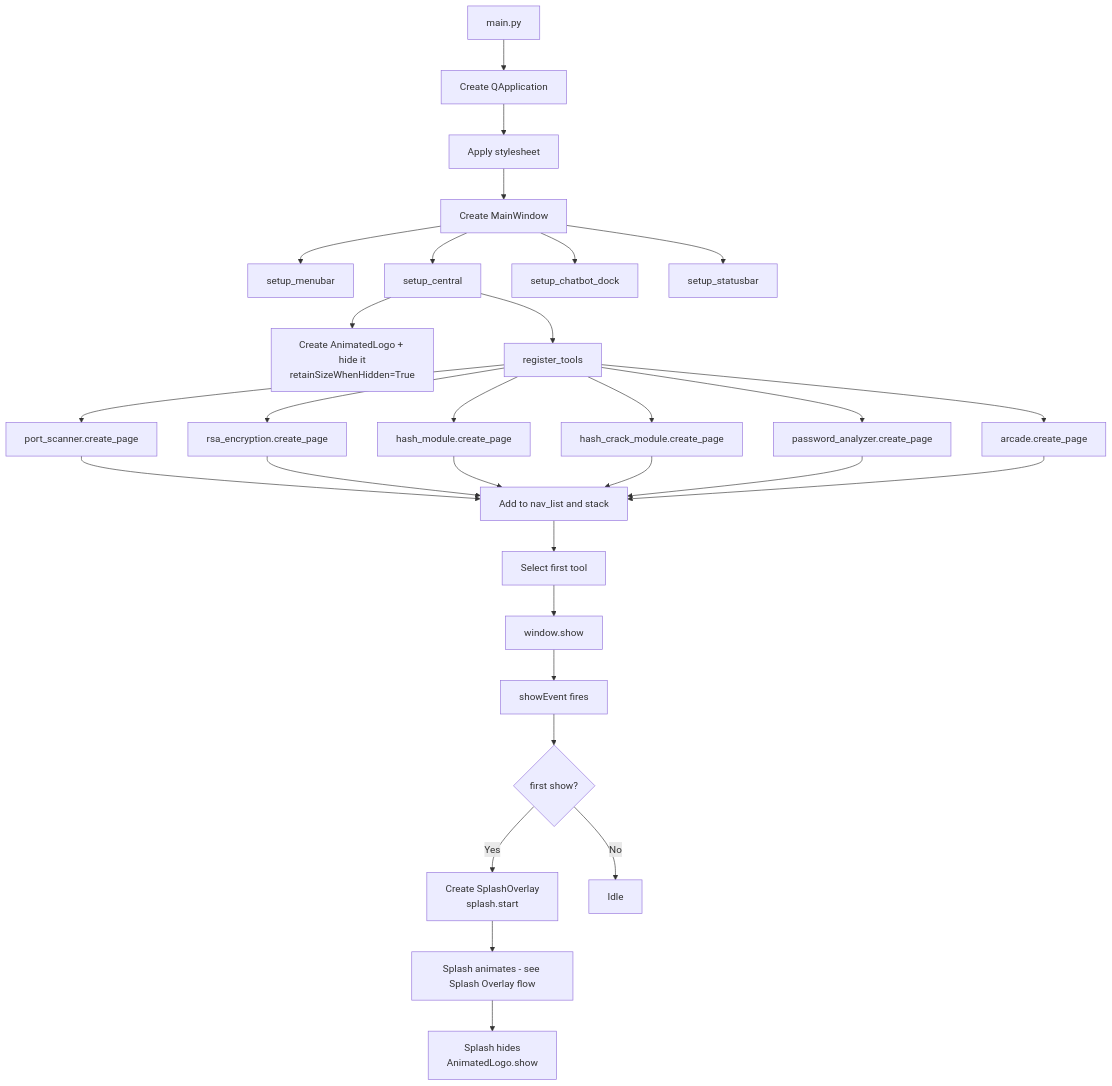
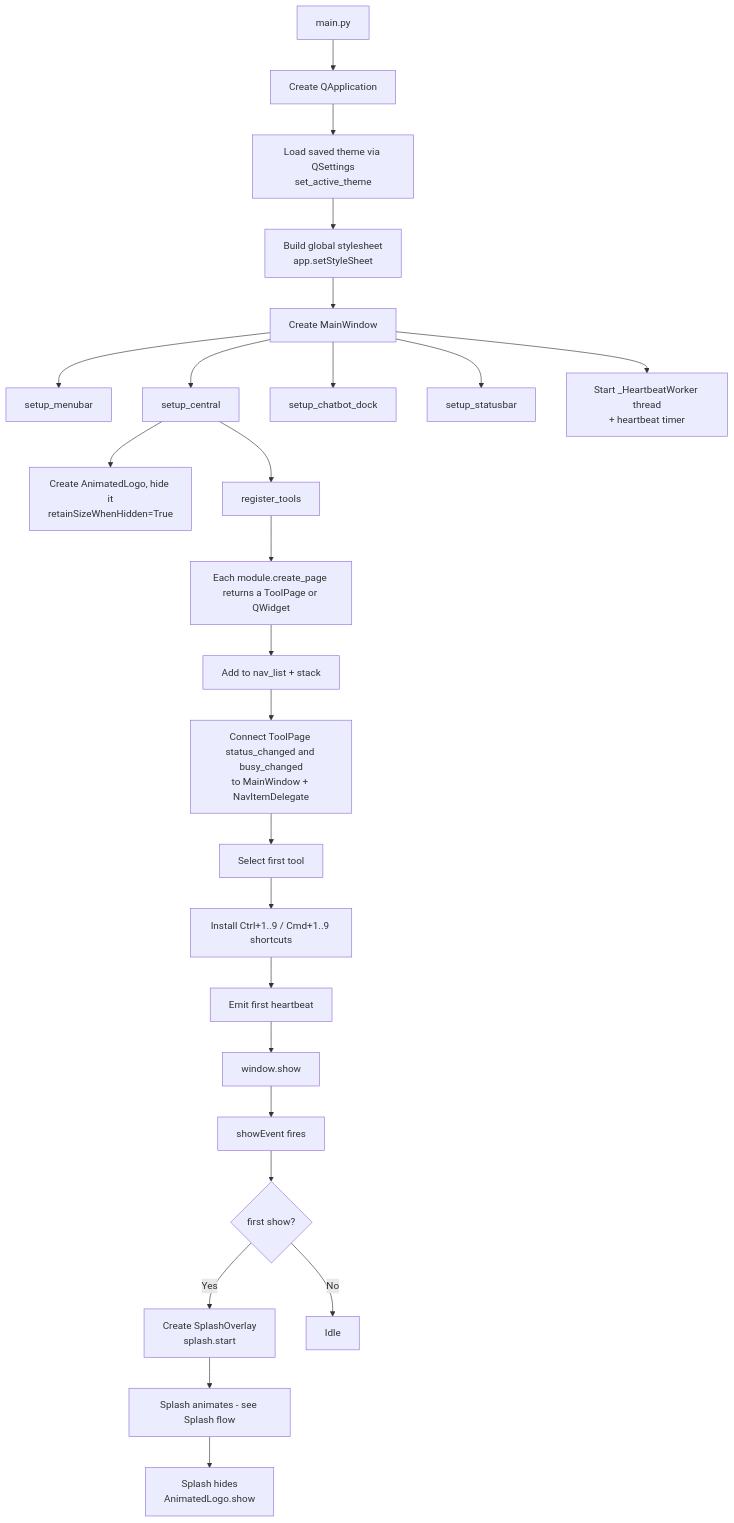
One commit to Mr-Robotiko/Gilfi changed the second of 5 diagrams in src/frontend/README.md. Above: the diagram before and after it, drawn with Mermaid. The commit also changed other lines of this file and 36 other files, not shown here.

````diff
--- a/src/frontend/README.md
+++ b/src/frontend/README.md
@@ -326,27 +395,27 @@
 ```mermaid
 flowchart TD
     A[main.py] --> B[Create QApplication]
-    B --> C[Apply stylesheet]
-    C --> D[Create MainWindow]
-    D --> E[setup_menubar]
-    D --> F[setup_central]
-    D --> G[setup_chatbot_dock]
-    D --> H[setup_statusbar]
-    F --> F1[Create AnimatedLogo + hide it<br/>retainSizeWhenHidden=True]
-    F --> I[register_tools]
-    I --> K[port_scanner.create_page]
-    I --> L[rsa_encryption.create_page]
-    I --> M[hash_module.create_page]
-    I --> N[hash_crack_module.create_page]
-    I --> N2[password_analyzer.create_page]
-    I --> O[arcade.create_page]
-    K & L & M & N & N2 & O --> P[Add to nav_list and stack]
-    P --> Q[Select first tool]
-    Q --> R[window.show]
-    R --> S[showEvent fires]
-    S --> T{first show?}
-    T -- Yes --> U[Create SplashOverlay<br/>splash.start]
-    T -- No --> V[Idle]
-    U --> W[Splash animates - see Splash Overlay flow]
-    W --> X[Splash hides<br/>AnimatedLogo.show]
+    B --> C[Load saved theme via QSettings<br/>set_active_theme]
+    C --> D[Build global stylesheet<br/>app.setStyleSheet]
+    D --> E[Create MainWindow]
+    E --> F[setup_menubar]
+    E --> G[setup_central]
+    E --> H[setup_chatbot_dock]
+    E --> I[setup_statusbar]
+    E --> J[Start _HeartbeatWorker thread<br/>+ heartbeat timer]
+    G --> K[Create AnimatedLogo, hide it<br/>retainSizeWhenHidden=True]
+    G --> L[register_tools]
+    L --> M[Each module.create_page returns a ToolPage or QWidget]
+    M --> N[Add to nav_list + stack]
+    N --> O[Connect ToolPage status_changed and busy_changed<br/>to MainWindow + NavItemDelegate]
+    O --> P[Select first tool]
+    P --> Q[Install Ctrl+1..9 / Cmd+1..9 shortcuts]
+    Q --> R[Emit first heartbeat]
+    R --> S[window.show]
+    S --> T[showEvent fires]
+    T --> U{first show?}
+    U -- Yes --> V[Create SplashOverlay<br/>splash.start]
+    U -- No --> W[Idle]
+    V --> X[Splash animates - see Splash flow]
+    X --> Y[Splash hides<br/>AnimatedLogo.show]
 ```
````
